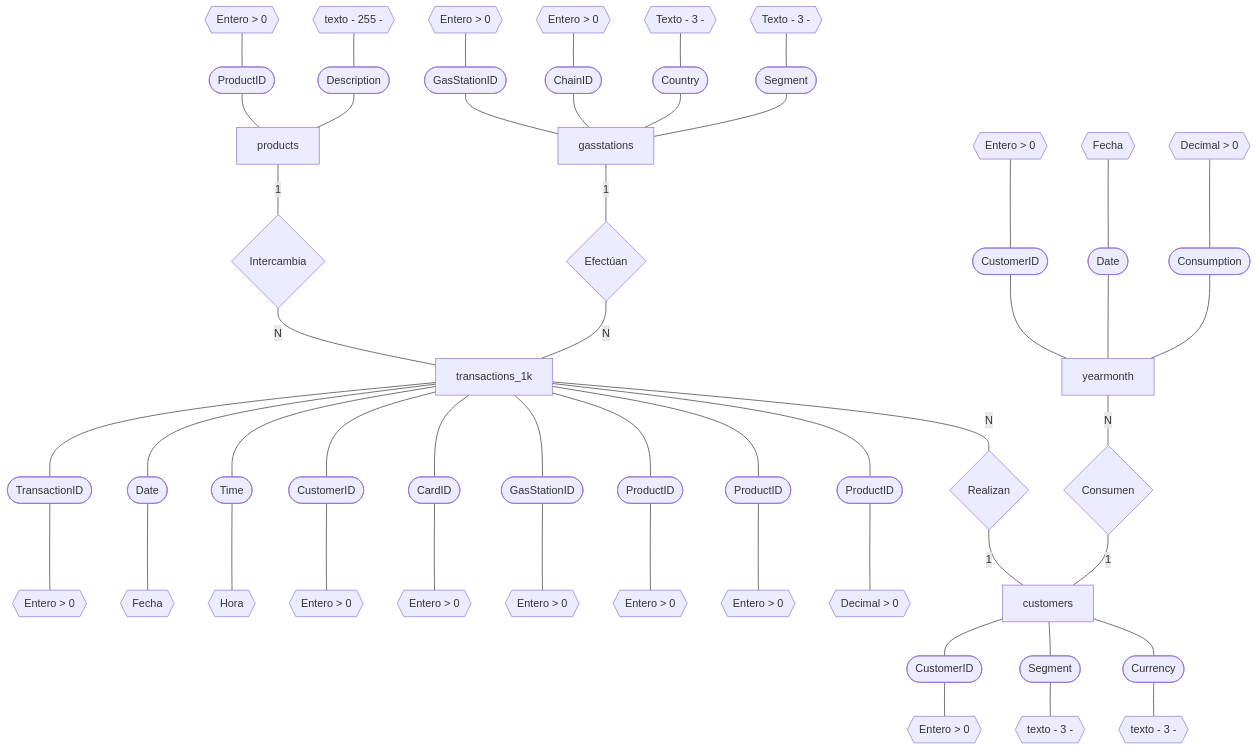
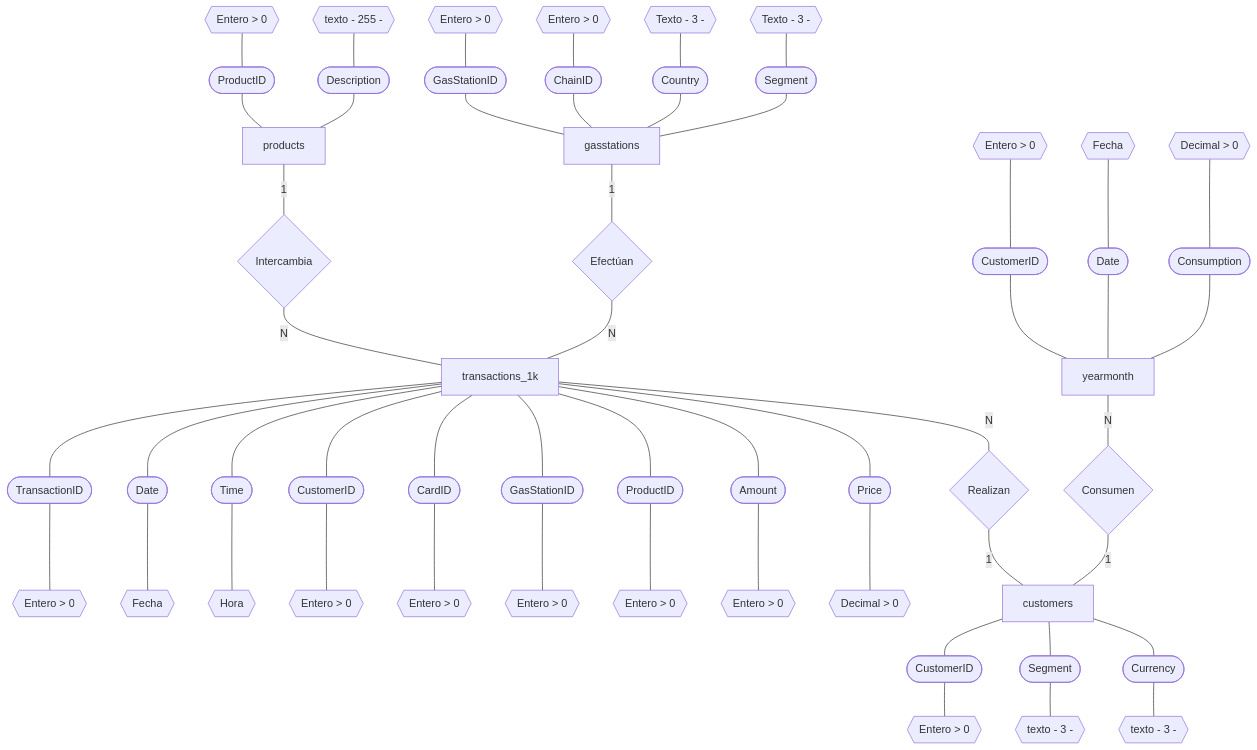
Before and after one commit to SandraCavazos/BDR: the diagram in Tareas/Tarea2.md, drawn with Mermaid. The commit also changed other lines of this file and 1 other file, not shown here.

Commit message:
tarea 2 final

````diff
--- a/Tareas/Tarea2.md
+++ b/Tareas/Tarea2.md
@@ -5,32 +7,32 @@
 ```mermaid
 flowchart BT
     d1{{Entero > 0}} --- a1([TransactionID])--- transactions_1k
     d2{{Fecha}} --- a2([Date])--- transactions_1k
     d3{{Hora}} --- a3([Time]) ---transactions_1k
     d4{{Entero > 0}}--- a4([CustomerID]) --- transactions_1k
     d5{{Entero > 0}}--- a5([CardID]) --- transactions_1k
     d6{{Entero > 0}}--- a6([GasStationID])---transactions_1k
     d7{{Entero > 0}}--- a7([ProductID])---transactions_1k
-    d8{{Entero > 0}}--- a8([ProductID])---transactions_1k
-    d9{{Decimal > 0}}--- a9([ProductID])---transactions_1k
+    d8{{Entero > 0}}--- a8([Amount])---transactions_1k
+    d9{{Decimal > 0}}--- a9([Price])---transactions_1k
 
     transactions_1k---|N|r1{Intercambia}---|1|products
     products---a10([ProductID])---d10{{Entero > 0}}
     products---a11([Description])---d11{{texto - 255 -}}
 
     customers---|1|r2{Realizan}---|N|transactions_1k
     d12{{Entero > 0}}---a12([CustomerID])---customers
     d13{{texto - 3 -}}---a13([Segment])---customers
     d14{{texto - 3 -}}---a14([Currency])---customers
 
     customers---|1|r3{Consumen}---|N|yearmonth
     yearmonth---a15([CustomerID])---d15{{Entero > 0}}
     yearmonth---a16([Date])---d16{{Fecha}}
     yearmonth---a17([Consumption])---d17{{Decimal > 0}}
 
     transactions_1k---|N|r4{Efectúan}---|1|gasstations
     gasstations---a18([GasStationID])---d18{{Entero > 0}}
     gasstations---a19([ChainID])---d19{{Entero > 0}}
     gasstations---a20([Country])---d20{{Texto - 3 -}}
     gasstations---a21([Segment])---d21{{Texto - 3 -}}
 ```
````
